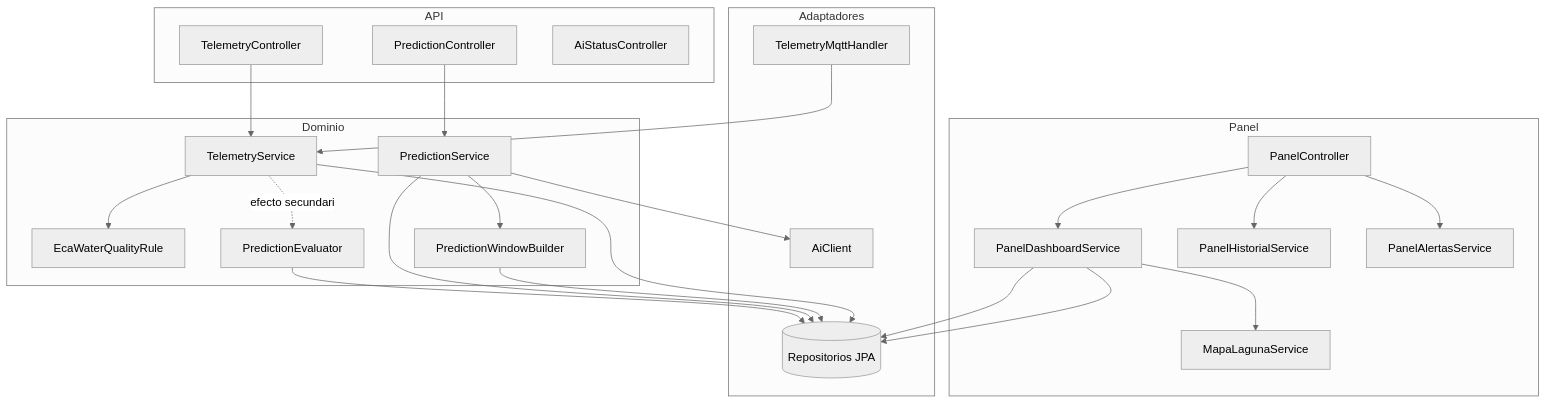
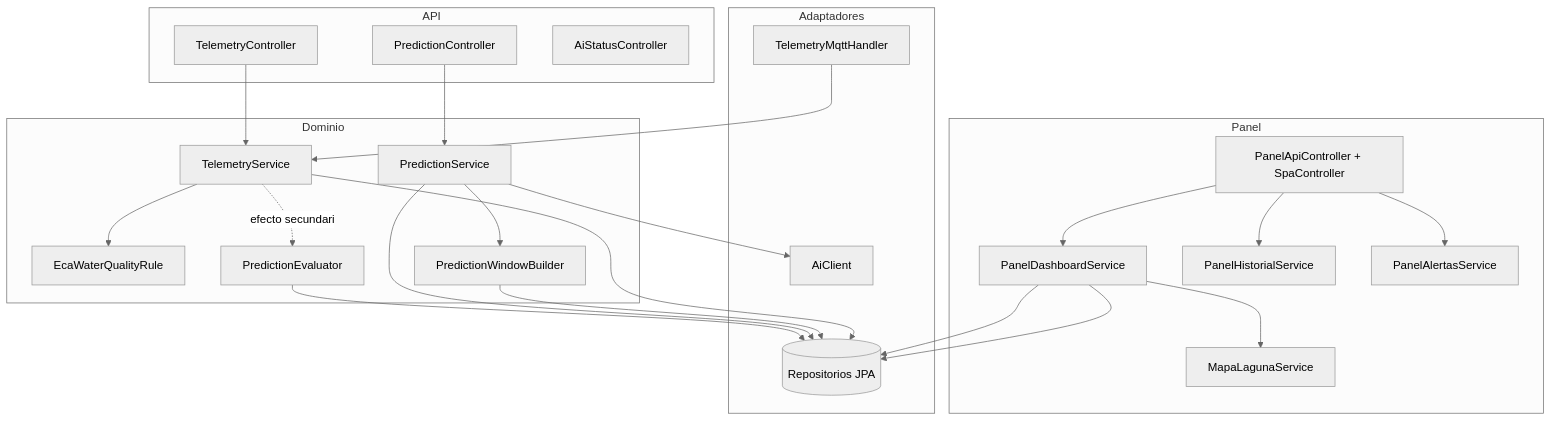
The second of 5 diagrams in docs/SDD/06-arquitectura.md (46855344-ux/tesis-laguna-paca), drawn with Mermaid (neutral theme) before and after one commit. The commit also changed other lines of this file and 96 other files, not shown here.

````diff
--- a/docs/SDD/06-arquitectura.md
+++ b/docs/SDD/06-arquitectura.md
@@ -44,45 +47,45 @@
 ```mermaid
 flowchart TB
     subgraph API
         TC[TelemetryController]
         PC[PredictionController]
         AC[AiStatusController]
     end
 
     subgraph Panel
-        PNL[PanelController]
+        PNL[PanelApiController + SpaController]
         PDS[PanelDashboardService]
         PHS[PanelHistorialService]
         PAS[PanelAlertasService]
         MLS[MapaLagunaService]
     end
 
     subgraph Dominio
         TS[TelemetryService]
         ECA[EcaWaterQualityRule]
         PS[PredictionService]
         PWB[PredictionWindowBuilder]
         PE[PredictionEvaluator]
     end
 
     subgraph Adaptadores
         AIC[AiClient]
         MQTT[TelemetryMqttHandler]
         REPO[(Repositorios JPA)]
     end
 
     TC --> TS
     MQTT --> TS
     TS --> ECA
     TS --> REPO
     TS -.efecto secundario.-> PE
     PC --> PS
     PS --> AIC
     PS --> PWB
     PWB --> REPO
     PS --> REPO
     PE --> REPO
     PNL --> PDS & PHS & PAS
     PDS --> REPO & MLS
     PDS --> REPO
 ```
````
